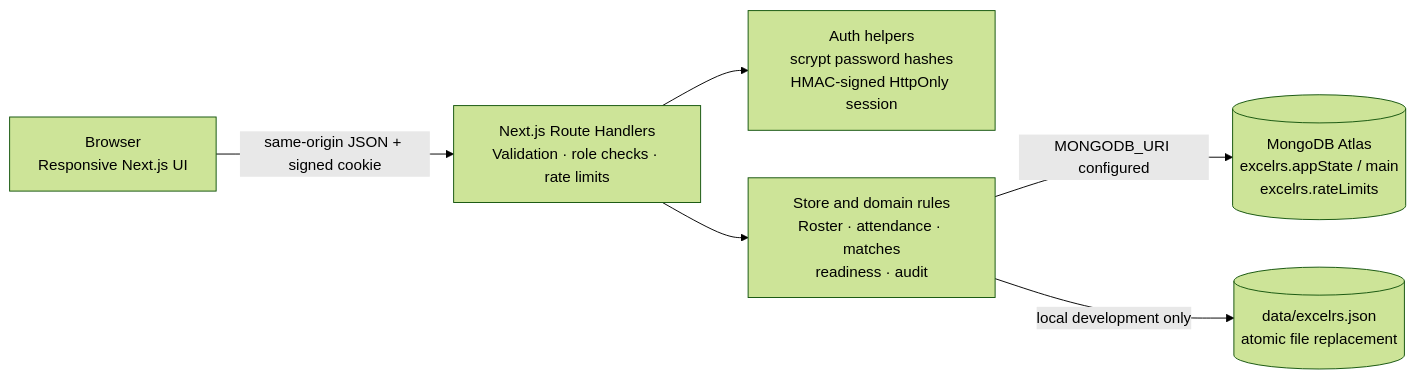
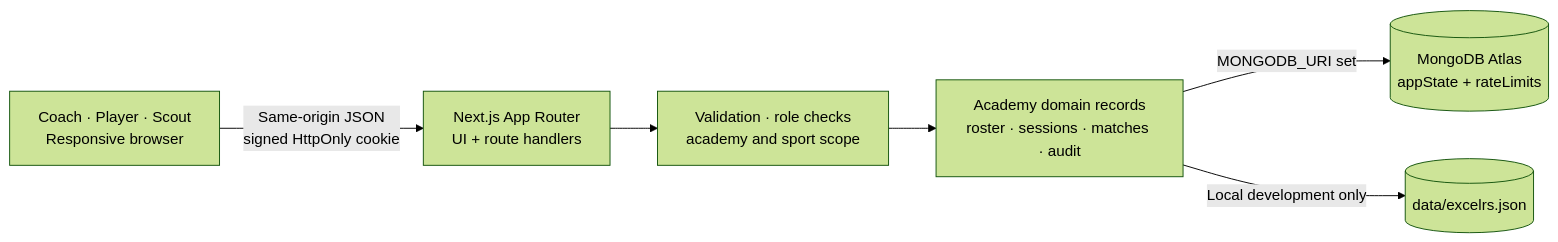
Before and after one commit to Sanket17052006/vibe-coding-challenge-2-0-TEAMZERO: the diagram in README.md, drawn with Mermaid (forest theme). The commit also changed other lines of this file and 1 other file, not shown here.

````diff
--- a/README.md
+++ b/README.md
@@ -49,8 +65,8 @@
 ```mermaid
 flowchart LR
-  B[Browser<br/>Responsive Next.js UI] -->|same-origin JSON + signed cookie| R[Next.js Route Handlers<br/>Validation · role checks · rate limits]
-  R --> A[Auth helpers<br/>scrypt password hashes<br/>HMAC-signed HttpOnly session]
-  R --> S[Store and domain rules<br/>Roster · attendance · matches<br/>readiness · audit]
-  S -->|MONGODB_URI configured| M[(MongoDB Atlas<br/>excelrs.appState / main<br/>excelrs.rateLimits)]
-  S -->|local development only| F[(data/excelrs.json<br/>atomic file replacement)]
+  C[Coach · Player · Scout<br/>Responsive browser] -->|Same-origin JSON<br/>signed HttpOnly cookie| N[Next.js App Router<br/>UI + route handlers]
+  N --> V[Validation · role checks<br/>academy and sport scope]
+  V --> D[Academy domain records<br/>roster · sessions · matches · audit]
+  D -->|MONGODB_URI set| M[(MongoDB Atlas<br/>appState + rateLimits)]
+  D -->|Local development only| F[(data/excelrs.json)]
 ```
````
